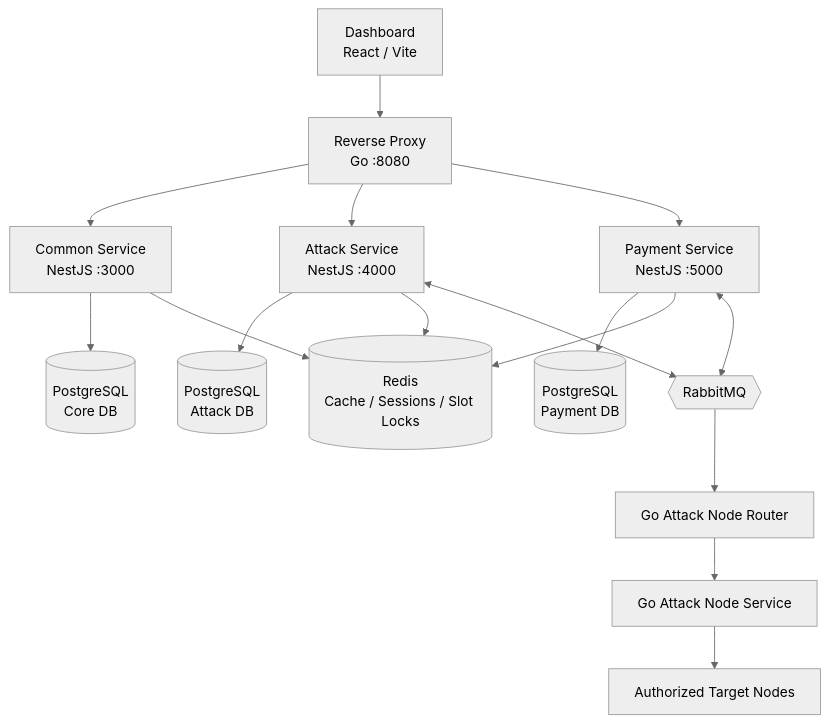
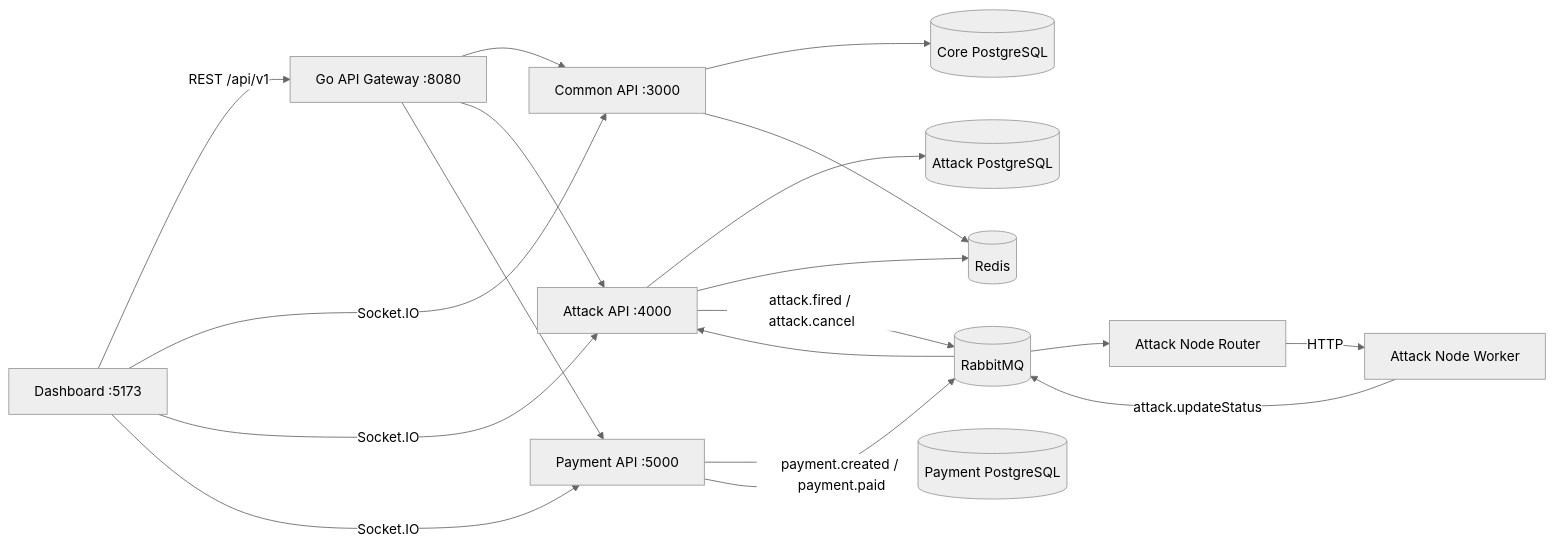
Before and after one commit to il2dottore/loadservice: the diagram in README.md, drawn with Mermaid (neutral theme). The commit also changed other lines of this file and 7 other files, not shown here.

````diff
--- a/README.md
+++ b/README.md
@@ -33,18 +44,21 @@
 ```mermaid
-flowchart TB
-    UI[Dashboard<br/>React / Vite] --> RP[Reverse Proxy<br/>Go :8080]
-    RP --> C[Common Service<br/>NestJS :3000]
-    RP --> A[Attack Service<br/>NestJS :4000]
-    RP --> P[Payment Service<br/>NestJS :5000]
-    C --> DB[(PostgreSQL<br/>Core DB)]
-    A --> DB2[(PostgreSQL<br/>Attack DB)]
-    P --> DB3[(PostgreSQL<br/>Payment DB)]
-    C --> R[(Redis<br/>Cache / Sessions / Slot Locks)]
+flowchart LR
+    UI[Dashboard :5173] -->|REST /api/v1| GW[Go API Gateway :8080]
+    UI -->|Socket.IO| C
+    UI -->|Socket.IO| A
+    UI -->|Socket.IO| P
+    GW --> C[Common API :3000]
+    GW --> A[Attack API :4000]
+    GW --> P[Payment API :5000]
+    C --> CDB[(Core PostgreSQL)]
+    A --> ADB[(Attack PostgreSQL)]
+    P --> PDB[(Payment PostgreSQL)]
+    C --> R[(Redis)]
     A --> R
-    P --> R
-    A <--> MQ{{RabbitMQ}}
-    P <--> MQ
-    MQ --> AR[Go Attack Node Router]
-    AR --> AW[Go Attack Node Service]
-    AW --> T[Authorized Target Nodes]
+    A -->|attack.fired / attack.cancel| MQ[(RabbitMQ)]
+    P -->|payment.created / payment.paid| MQ
+    MQ --> NR[Attack Node Router]
+    NR -->|HTTP| NW[Attack Node Worker]
+    NW -->|attack.updateStatus| MQ
+    MQ --> A
 ```
````
